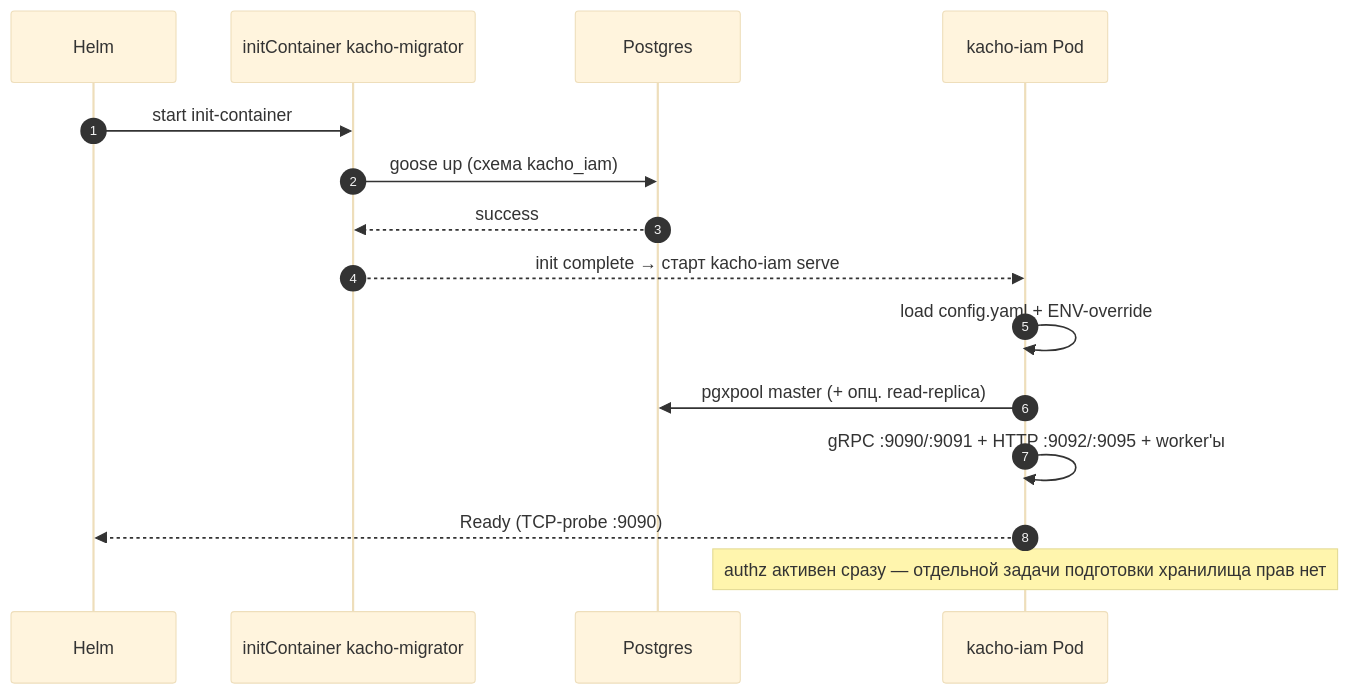
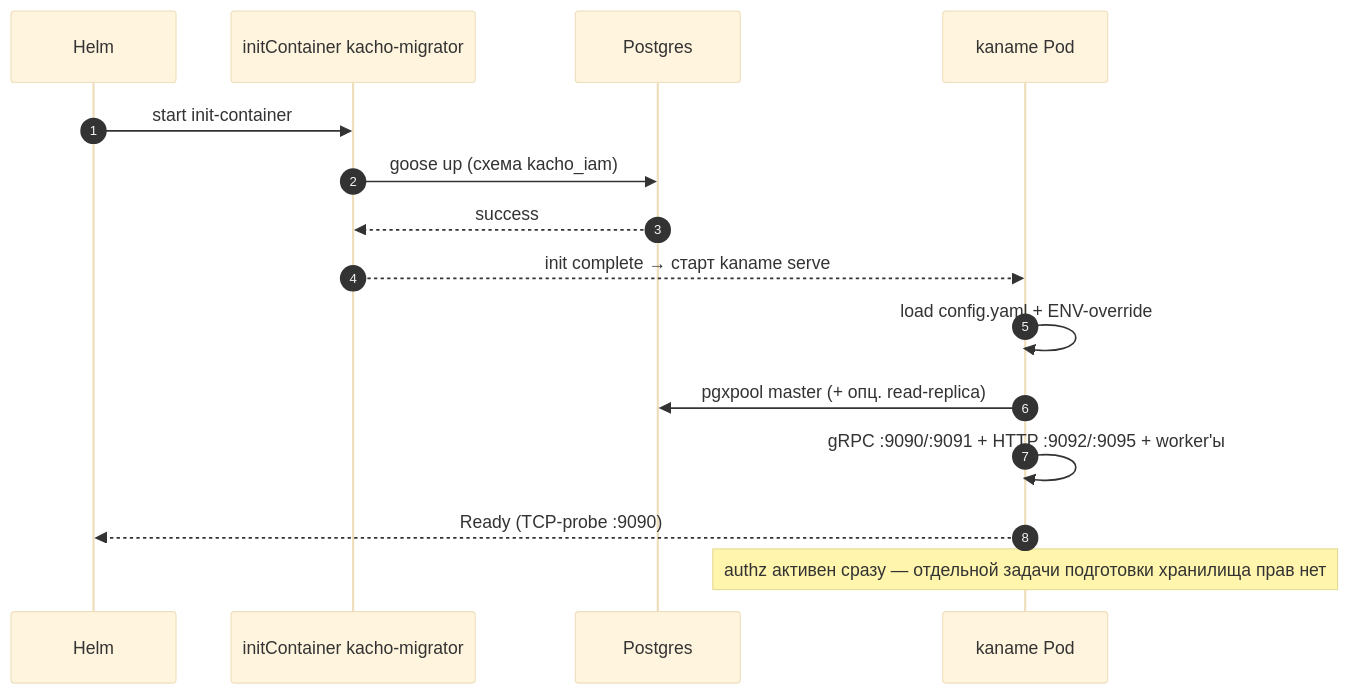
The second of 2 diagrams in services/iam/docs/engineering/components/31-deployment.md (PRO-Robotech/kacho), drawn with Mermaid (base theme) before and after one commit. The commit also changed other lines of this file and 1011 other files, not shown here.

````diff
--- a/services/iam/docs/engineering/components/31-deployment.md
+++ b/services/iam/docs/engineering/components/31-deployment.md
@@ -498,18 +498,18 @@
 ```mermaid
 sequenceDiagram
     autonumber
     participant Helm
     participant Init as initContainer kacho-migrator
     participant PG as Postgres
-    participant Pod as kacho-iam Pod
+    participant Pod as kaname Pod
 
     Helm->>Init: start init-container
     Init->>PG: goose up (схема kacho_iam)
     PG-->>Init: success
-    Init-->>Pod: init complete → старт kacho-iam serve
+    Init-->>Pod: init complete → старт kaname serve
     Pod->>Pod: load config.yaml + ENV-override
     Pod->>PG: pgxpool master (+ опц. read-replica)
     Pod->>Pod: gRPC :9090/:9091 + HTTP :9092/:9095 + worker'ы
     Pod-->>Helm: Ready (TCP-probe :9090)
     Note over Pod: authz активен сразу — отдельной задачи подготовки хранилища прав нет
 ```
````
